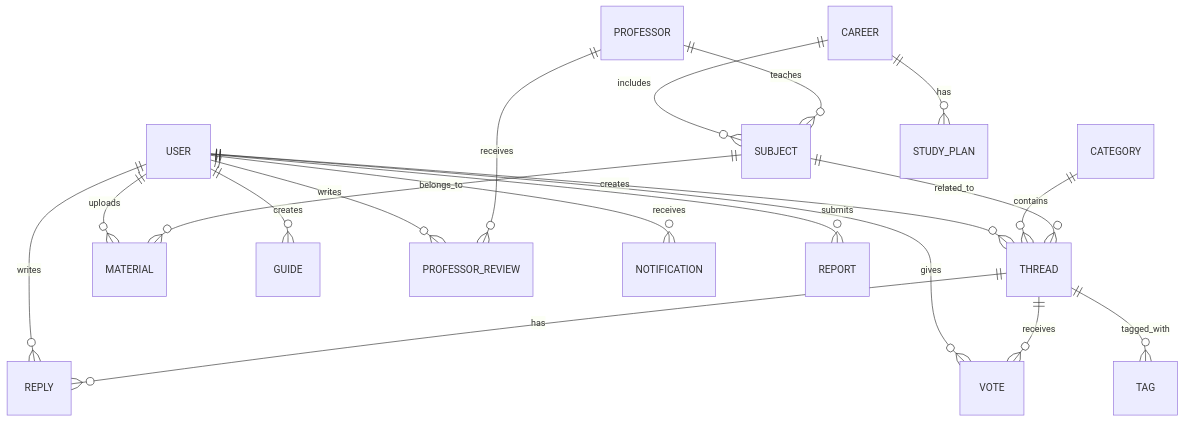
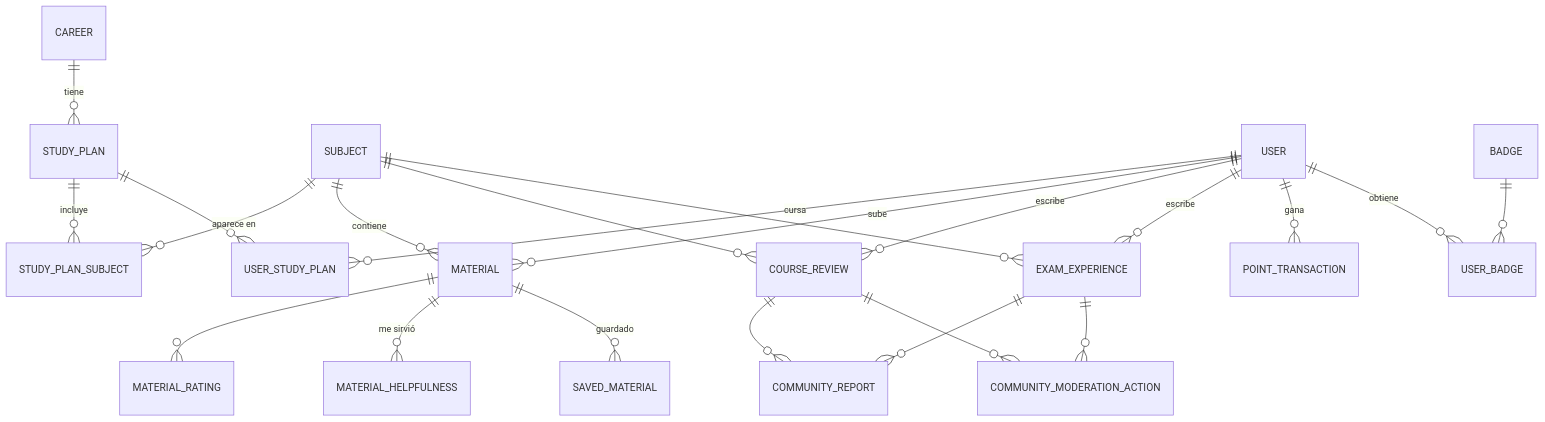
The diagram in docs/README_DATABASE.md (HyNuwa/devs-projects-web), drawn with Mermaid before and after one commit. The commit also changed other lines of this file and 219 other files, not shown here.

````diff
--- a/docs/README_DATABASE.md
+++ b/docs/README_DATABASE.md
@@ -17,21 +9,27 @@
 ```mermaid
 erDiagram
-    USER ||--o{ THREAD : creates
-    USER ||--o{ REPLY : writes
-    USER ||--o{ VOTE : gives
-    USER ||--o{ MATERIAL : uploads
-    USER ||--o{ GUIDE : creates
-    USER ||--o{ PROFESSOR_REVIEW : writes
-    USER ||--o{ NOTIFICATION : receives
-    USER ||--o{ REPORT : submits
-    CATEGORY ||--o{ THREAD : contains
-    THREAD ||--o{ REPLY : has
-    THREAD ||--o{ VOTE : receives
-    THREAD ||--o{ TAG : tagged_with
-    SUBJECT ||--o{ THREAD : related_to
-    SUBJECT ||--o{ MATERIAL : belongs_to
-    CAREER ||--o{ SUBJECT : includes
-    CAREER ||--o{ STUDY_PLAN : has
-    PROFESSOR ||--o{ PROFESSOR_REVIEW : receives
-    PROFESSOR ||--o{ SUBJECT : teaches
+    CAREER ||--o{ STUDY_PLAN : tiene
+    STUDY_PLAN ||--o{ STUDY_PLAN_SUBJECT : incluye
+    SUBJECT ||--o{ STUDY_PLAN_SUBJECT : "aparece en"
+    USER ||--o{ USER_STUDY_PLAN : cursa
+    STUDY_PLAN ||--o{ USER_STUDY_PLAN : ""
+
+    SUBJECT ||--o{ MATERIAL : contiene
+    USER ||--o{ MATERIAL : sube
+    MATERIAL ||--o{ MATERIAL_RATING : ""
+    MATERIAL ||--o{ MATERIAL_HELPFULNESS : "me sirvió"
+    MATERIAL ||--o{ SAVED_MATERIAL : guardado
+
+    SUBJECT ||--o{ COURSE_REVIEW : ""
+    SUBJECT ||--o{ EXAM_EXPERIENCE : ""
+    USER ||--o{ COURSE_REVIEW : escribe
+    USER ||--o{ EXAM_EXPERIENCE : escribe
+    COURSE_REVIEW ||--o{ COMMUNITY_REPORT : ""
+    EXAM_EXPERIENCE ||--o{ COMMUNITY_REPORT : ""
+    COURSE_REVIEW ||--o{ COMMUNITY_MODERATION_ACTION : ""
+    EXAM_EXPERIENCE ||--o{ COMMUNITY_MODERATION_ACTION : ""
+
+    USER ||--o{ POINT_TRANSACTION : gana
+    USER ||--o{ USER_BADGE : obtiene
+    BADGE ||--o{ USER_BADGE : ""
 ```
````
